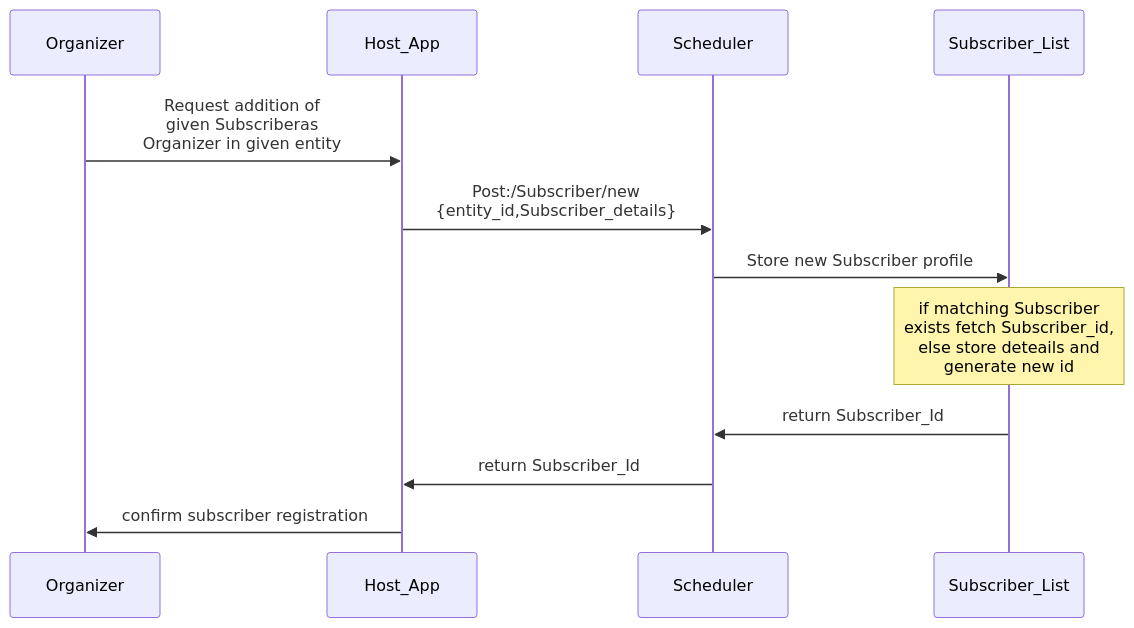
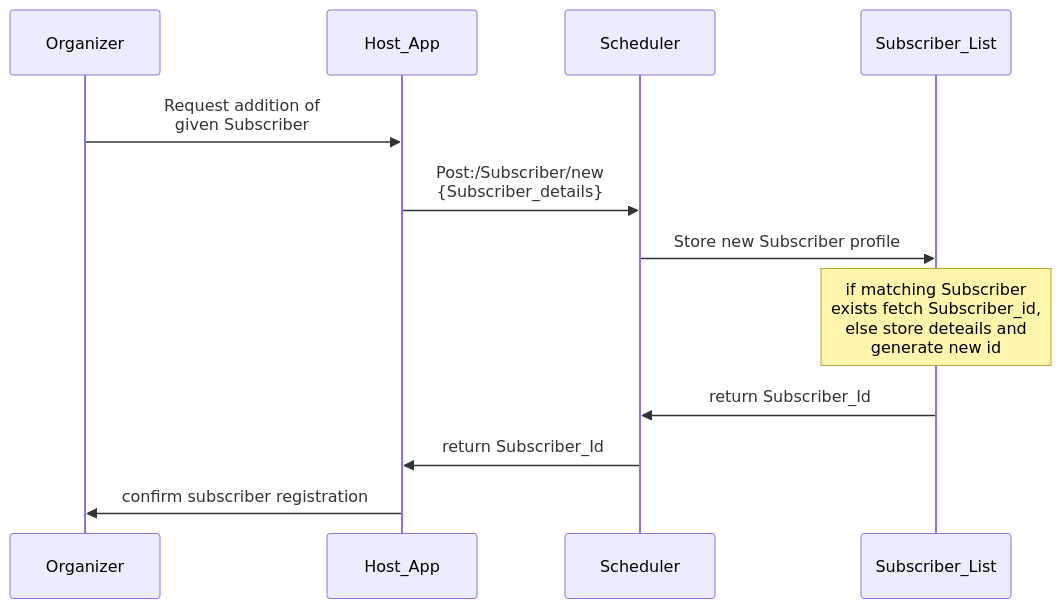
The tenth of 14 diagrams in spec/9-workflows.md (GovStackWorkingGroup/scheduler), drawn with Mermaid before and after one commit. The commit also changed other lines of this file, not shown here.

````diff
--- a/spec/9-workflows.md
+++ b/spec/9-workflows.md
@@ -216,11 +259,11 @@
 ```mermaid
 sequenceDiagram
-Organizer->>Host_App:Request addition of<br> given Subscriberas<br> Organizer in given entity
-Host_App->>Scheduler:Post:/Subscriber/new<br>{entity_id,Subscriber_details}
+Organizer->>Host_App:Request addition of<br> given Subscriber
+Host_App->>Scheduler:Post:/Subscriber/new<br>{Subscriber_details}
 Scheduler->>Subscriber_List: Store new Subscriber profile
 note over Subscriber_List: if matching Subscriber<br> exists fetch Subscriber_id,<br> else store deteails and<br> generate new id 
 Subscriber_List->>Scheduler: return Subscriber_Id
 Scheduler->>Host_App: return Subscriber_Id
 Host_App->>Organizer: confirm subscriber registration
 
 ```
````
